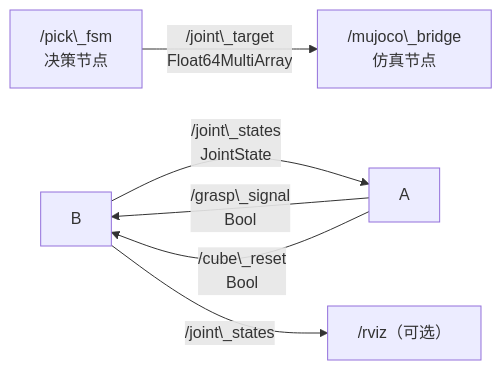
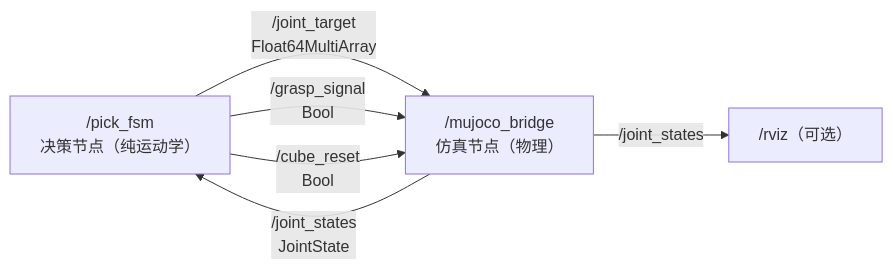
The diagram in docs/chapter/ur5e_pickplace.md (OpenHUTB/ros2), drawn with Mermaid before and after one commit. The commit also changed other lines of this file and 15 other files, not shown here.

````diff
--- a/docs/chapter/ur5e_pickplace.md
+++ b/docs/chapter/ur5e_pickplace.md
@@ -19,8 +23,8 @@
 ```mermaid
 flowchart LR
-    A\["/pick\_fsm<br/>决策节点"] -->|"/joint\_target<br/>Float64MultiArray"| B\["/mujoco\_bridge<br/>仿真节点"]
-    B -->|"/joint\_states<br/>JointState"| A
-    A -->|"/grasp\_signal<br/>Bool"| B
-    A -->|"/cube\_reset<br/>Bool"| B
-    B -->|"/joint\_states"| C\["/rviz（可选）"]
+    A["/pick_fsm<br/>决策节点（纯运动学）"] -->|"/joint_target<br/>Float64MultiArray"| B["/mujoco_bridge<br/>仿真节点（物理）"]
+    B -->|"/joint_states<br/>JointState"| A
+    A -->|"/grasp_signal<br/>Bool"| B
+    A -->|"/cube_reset<br/>Bool"| B
+    B -->|"/joint_states"| C["/rviz（可选）"]
 ```
````
